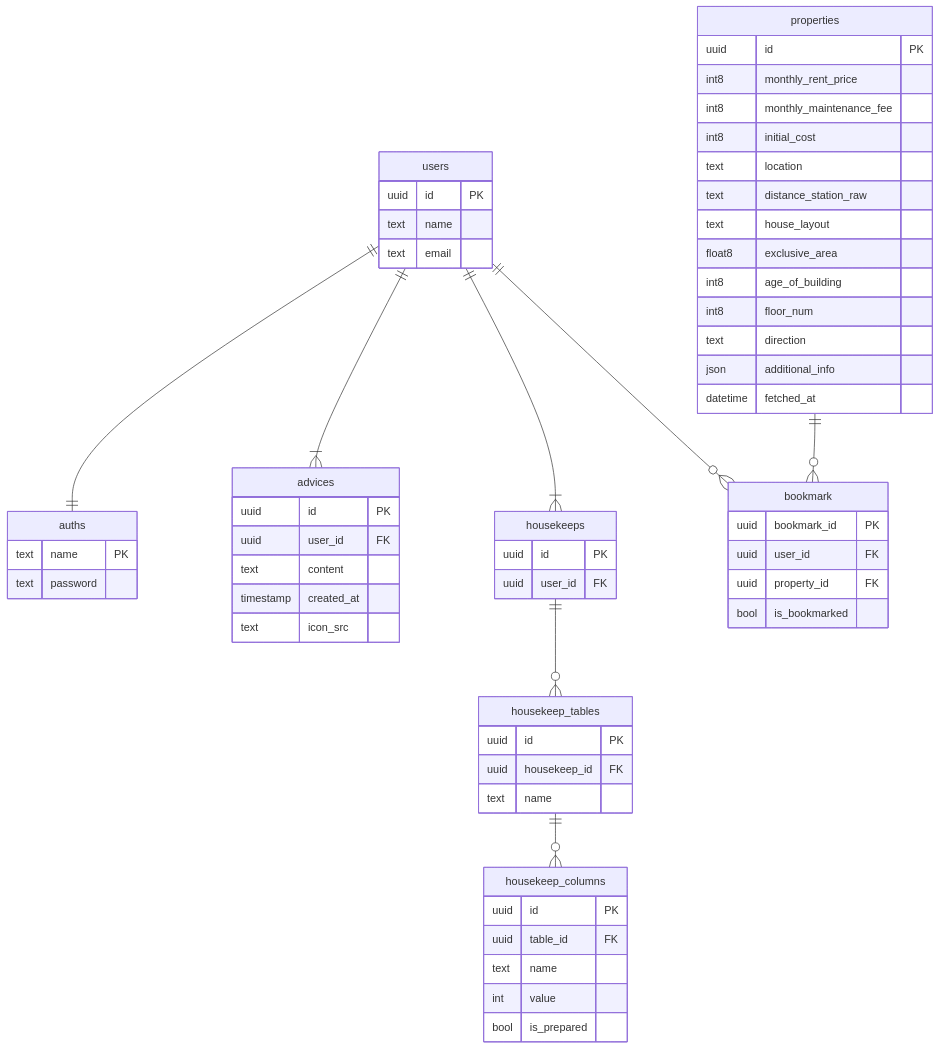
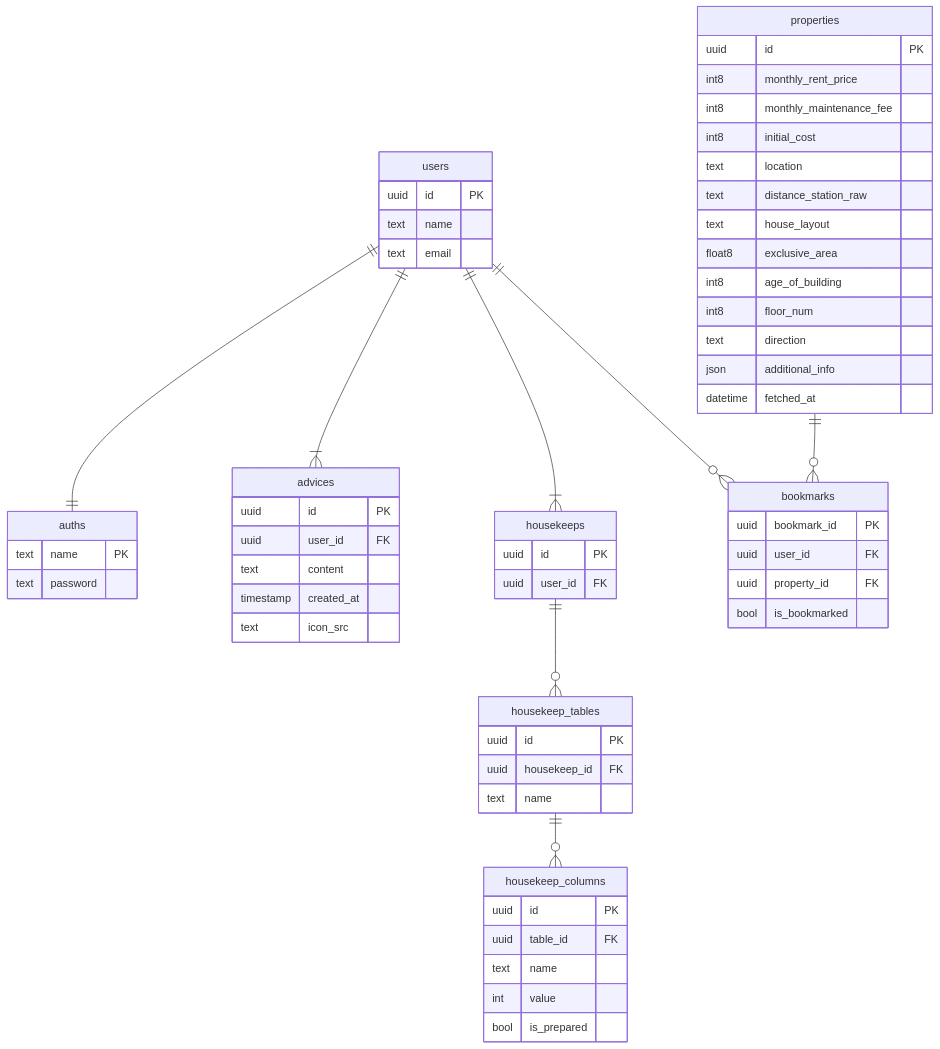
One commit to project-hikkoshiori/hikkoshiori changed the diagram in docs/ER.md. Above: the diagram before and after it, drawn with Mermaid. The commit also changed 2 other files, not shown here.

Commit message:
fix bookmark -> bookmarks

````diff
--- a/docs/ER.md
+++ b/docs/ER.md
@@ -1,74 +1,74 @@
 ```mermaid
 erDiagram
 
     users ||--|| auths: ""
     users ||--|{ advices: ""
     users ||--|{ housekeeps: ""
-    users ||--o{ bookmark: ""
+    users ||--o{ bookmarks: ""
     housekeeps ||--o{ housekeep_tables: ""
     housekeep_tables ||--o{ housekeep_columns: ""
-    properties ||--o{ bookmark: ""
+    properties ||--o{ bookmarks: ""
 
     auths {
         text name PK
         text password
     }
 
     users {
         uuid id PK
         text name
         text email
     }
 
     advices {
         uuid id PK
         uuid user_id FK
         text content
         timestamp created_at
         text icon_src
     }
 
     housekeeps {
         uuid id PK
         uuid user_id FK
     }
 
     housekeep_tables {
         uuid id PK
         uuid housekeep_id FK
         text name
     }
 
     housekeep_columns {
         uuid id PK
         uuid table_id FK
         text name
         int value
         bool is_prepared
     }
 
 
-    bookmark{
+    bookmarks{
         uuid bookmark_id PK
         uuid user_id FK
         uuid property_id FK
         bool is_bookmarked
     }
 
     properties{
         uuid id PK
         int8 monthly_rent_price
         int8 monthly_maintenance_fee
         int8 initial_cost
         text location
         text distance_station_raw
         text house_layout
         float8 exclusive_area
         int8 age_of_building
         int8 floor_num
         text direction
         json additional_info
         datetime fetched_at
     }
 
 ```
````
